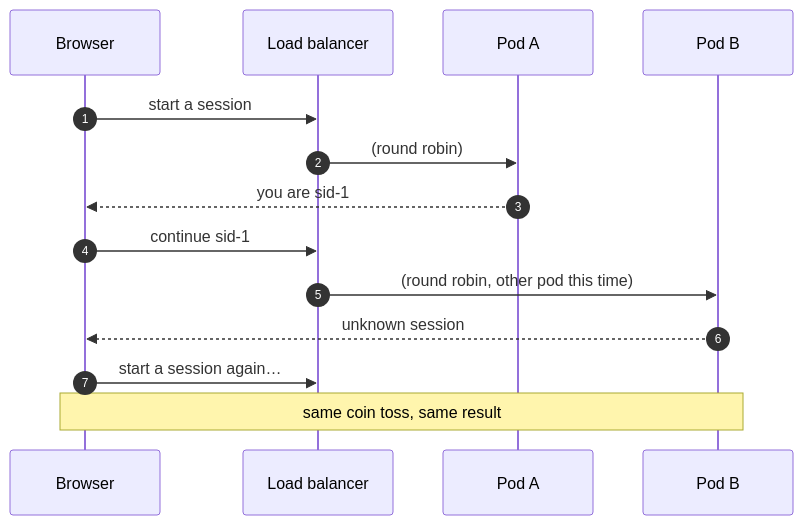
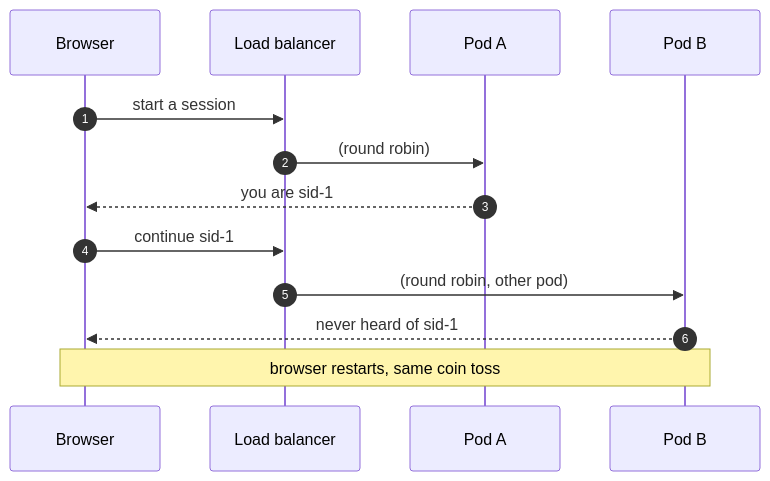
One commit to selvakumarperumal/Corporate_Filing_Analyzer_Agent changed the third of 15 diagrams in docs/TESTING-SCALING.md. Above: the diagram before and after it, drawn with Mermaid. The commit also changed other lines of this file, not shown here.

Commit message:
docs: streamline scaling test guide with plain-language summaries, settings tables, and clear architectural diagrams

````diff
--- a/docs/TESTING-SCALING.md
+++ b/docs/TESTING-SCALING.md
@@ -312,16 +325,15 @@
 ```mermaid
 sequenceDiagram
   autonumber
   participant C as Browser
   participant LB as Load balancer
   participant A as Pod A
   participant B as Pod B
   C->>LB: start a session
   LB->>A: (round robin)
   A-->>C: you are sid-1
   C->>LB: continue sid-1
-  LB->>B: (round robin, other pod this time)
-  B-->>C: unknown session
-  C->>LB: start a session again…
-  Note over C,B: same coin toss, same result
+  LB->>B: (round robin, other pod)
+  B-->>C: never heard of sid-1
+  Note over C,B: browser restarts, same coin toss
 ```
````
